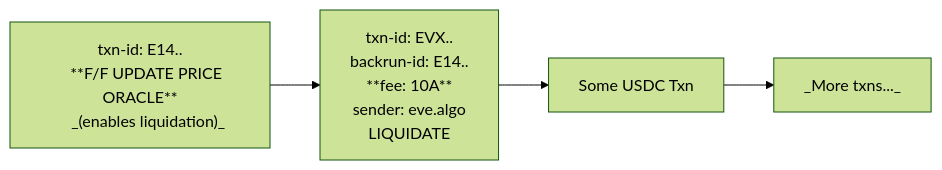
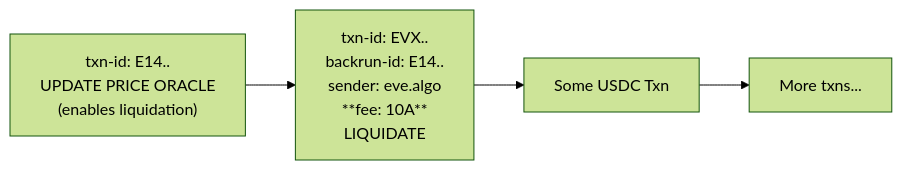
One commit to d13co/d13.co changed the second of 3 diagrams in content/posts/algorand-sustainability-backrunning/index.md. Above: the diagram before and after it, drawn with Mermaid (forest theme). The commit also changed other lines of this file, not shown here.

```diff
--- a/content/posts/algorand-sustainability-backrunning/index.md
+++ b/content/posts/algorand-sustainability-backrunning/index.md
@@ -75,13 +75,13 @@
 {{< mermaid >}}
 flowchart LR
     A["txn-id: E14..
-    **F/F UPDATE PRICE ORACLE**
-    _(enables liquidation)_"] -->
+    UPDATE PRICE ORACLE
+    (enables liquidation)"] -->
     B["txn-id: EVX..
     backrun-id: E14..
+    sender: eve.algo
     **fee: 10A**
-    sender: eve.algo
     LIQUIDATE"] -->
     O["Some USDC Txn"] -->
-    M["_More txns..._"]
+    M["More txns..."]
 {{< /mermaid >}}
```
